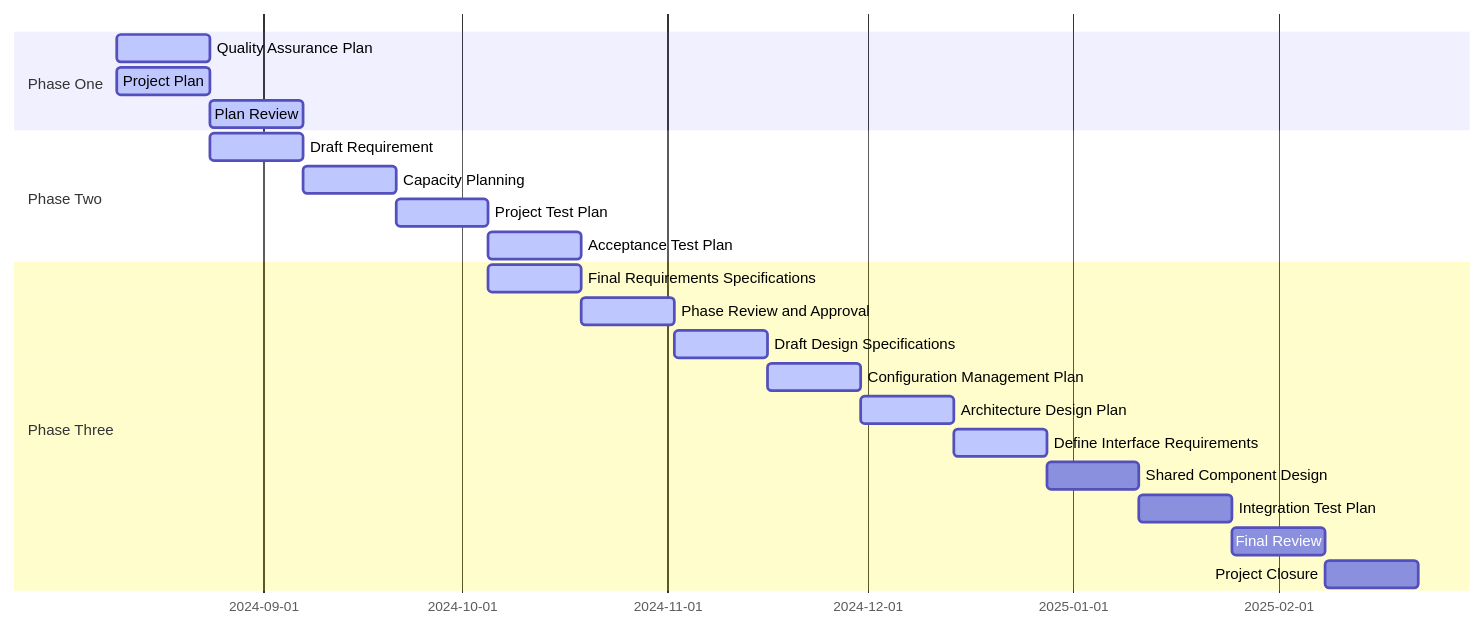
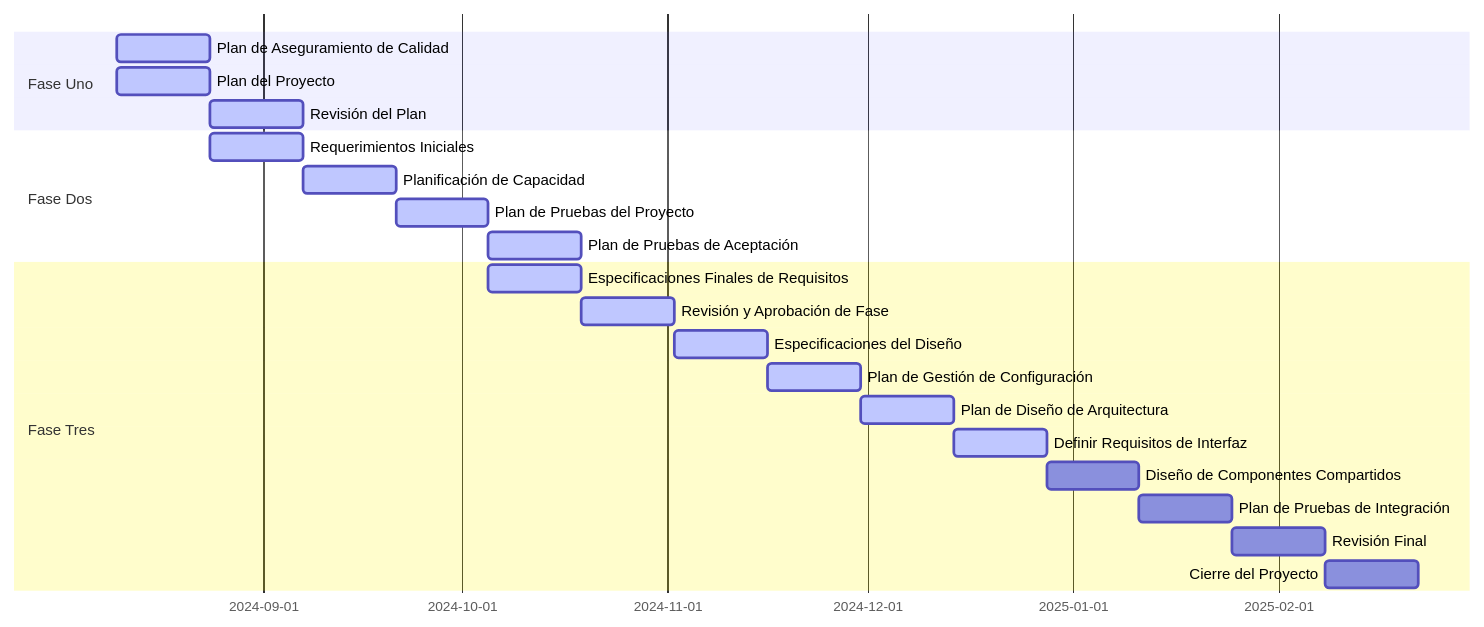
One commit to JulianCamachoCalle/DonnaPizza2 changed the sixth of 6 diagrams in README.md. Above: the diagram before and after it, drawn with Mermaid.

````diff
--- a/README.md
+++ b/README.md
@@ -768,29 +768,29 @@
 ``` mermaid
 gantt
-    section Phase One
+    section Fase Uno
 
-    Quality Assurance Plan           :active,    task1, 2024-08-10, 14d
-    Project Plan                     :active,    task2, 2024-08-10, 14d
-    Plan Review                      :active,    task3, 2024-08-24, 14d
+    Plan de Aseguramiento de Calidad :active,    tarea1, 2024-08-10, 14d
+    Plan del Proyecto                :active,    tarea2, 2024-08-10, 14d
+    Revisión del Plan                :active,    tarea3, 2024-08-24, 14d
 
-section Phase Two
+section Fase Dos
 
-    Draft Requirement                :active,    task4, 2024-08-24, 14d
-    Capacity Planning                :active,    task5, 2024-09-07, 14d
-    Project Test Plan                :active,    task6, 2024-09-21, 14d
-    Acceptance Test Plan             :active,    task7, 2024-10-05, 14d
+    Requerimientos Iniciales         :active,    tarea4, 2024-08-24, 14d
+    Planificación de Capacidad       :active,    tarea5, 2024-09-07, 14d
+    Plan de Pruebas del Proyecto     :active,    tarea6, 2024-09-21, 14d
+    Plan de Pruebas de Aceptación    :active,    tarea7, 2024-10-05, 14d
 
-section Phase Three
+section Fase Tres
 
-    Final Requirements Specifications:active,    task8, 2024-10-05, 14d
-    Phase Review and Approval        :active,    task9, 2024-10-19, 14d
-    Draft Design Specifications      :active,    task10, 2024-11-02, 14d
-    Configuration Management Plan    :active,    task11, 2024-11-16, 14d
-    Architecture Design Plan         :active,    task12, 2024-11-30, 14d
-    Define Interface Requirements    :active,    task13, 2024-12-14, 14d
-    Shared Component Design          :          task14, after task13, 14d
-    Integration Test Plan            :          task15, after task14, 14d
-    Final Review                     :          task16, after task15, 14d
-    Project Closure                  :          task17, after task16, 14d
+    Especificaciones Finales de Requisitos :active, tarea8, 2024-10-05, 14d
+    Revisión y Aprobación de Fase          :active, tarea9, 2024-10-19, 14d
+    Especificaciones del Diseño            :active, tarea10, 2024-11-02, 14d
+    Plan de Gestión de Configuración       :active, tarea11, 2024-11-16, 14d
+    Plan de Diseño de Arquitectura         :active, tarea12, 2024-11-30, 14d
+    Definir Requisitos de Interfaz         :active, tarea13, 2024-12-14, 14d
+    Diseño de Componentes Compartidos      :         tarea14, after tarea13, 14d
+    Plan de Pruebas de Integración         :         tarea15, after tarea14, 14d
+    Revisión Final                         :         tarea16, after tarea15, 14d
+    Cierre del Proyecto                    :         tarea17, after tarea16, 14d
 
 ``` 
````
